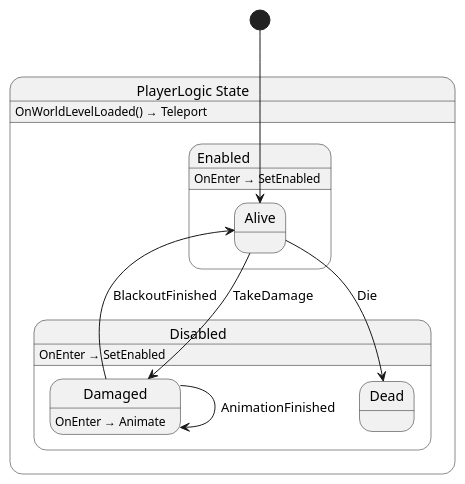
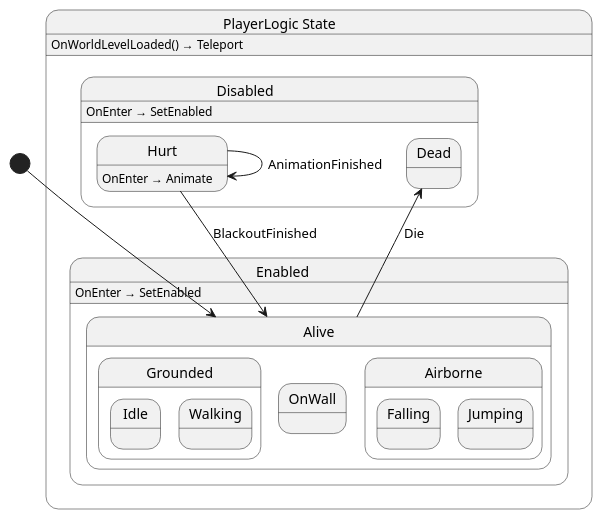
The diagram in Yolk.Logic/Player/PlayerLogic.g.puml (nilsiker/yolk), drawn with PlantUML before and after one commit. The commit also changed 12 other files, not shown here.

```diff
--- a/Yolk.Logic/Player/PlayerLogic.g.puml
+++ b/Yolk.Logic/Player/PlayerLogic.g.puml
@@ -1,23 +1,32 @@
 @startuml PlayerLogic
 state "PlayerLogic State" as Yolk_Logic_Player_PlayerLogic_State {
   state "Disabled" as Yolk_Logic_Player_PlayerLogic_State_Disabled {
-    state "Damaged" as Yolk_Logic_Player_PlayerLogic_State_Disabled_Damaged
     state "Dead" as Yolk_Logic_Player_PlayerLogic_State_Disabled_Dead
+    state "Hurt" as Yolk_Logic_Player_PlayerLogic_State_Disabled_Hurt
   }
   state "Enabled" as Yolk_Logic_Player_PlayerLogic_State_Enabled {
-    state "Alive" as Yolk_Logic_Player_PlayerLogic_State_Enabled_Alive
+    state "Alive" as Yolk_Logic_Player_PlayerLogic_State_Enabled_Alive {
+      state "Grounded" as Yolk_Logic_Player_PlayerLogic_State_Enabled_Alive_Grounded {
+        state "Idle" as Yolk_Logic_Player_PlayerLogic_State_Enabled_Alive_Grounded_Idle
+        state "Walking" as Yolk_Logic_Player_PlayerLogic_State_Enabled_Alive_Grounded_Walking
+      }
+      state "OnWall" as Yolk_Logic_Player_PlayerLogic_State_Enabled_Alive_OnWall
+      state "Airborne" as Yolk_Logic_Player_PlayerLogic_State_Enabled_Alive_Airborne {
+        state "Falling" as Yolk_Logic_Player_PlayerLogic_State_Enabled_Alive_Airborne_Falling
+        state "Jumping" as Yolk_Logic_Player_PlayerLogic_State_Enabled_Alive_Airborne_Jumping
+      }
+    }
   }
 }
 
-Yolk_Logic_Player_PlayerLogic_State_Disabled_Damaged --> Yolk_Logic_Player_PlayerLogic_State_Disabled_Damaged : AnimationFinished
-Yolk_Logic_Player_PlayerLogic_State_Disabled_Damaged --> Yolk_Logic_Player_PlayerLogic_State_Enabled_Alive : BlackoutFinished
-Yolk_Logic_Player_PlayerLogic_State_Enabled_Alive --> Yolk_Logic_Player_PlayerLogic_State_Disabled_Damaged : TakeDamage
+Yolk_Logic_Player_PlayerLogic_State_Disabled_Hurt --> Yolk_Logic_Player_PlayerLogic_State_Disabled_Hurt : AnimationFinished
+Yolk_Logic_Player_PlayerLogic_State_Disabled_Hurt --> Yolk_Logic_Player_PlayerLogic_State_Enabled_Alive : BlackoutFinished
 Yolk_Logic_Player_PlayerLogic_State_Enabled_Alive --> Yolk_Logic_Player_PlayerLogic_State_Disabled_Dead : Die
 
 Yolk_Logic_Player_PlayerLogic_State : OnWorldLevelLoaded() → Teleport
 Yolk_Logic_Player_PlayerLogic_State_Disabled : OnEnter → SetEnabled
-Yolk_Logic_Player_PlayerLogic_State_Disabled_Damaged : OnEnter → Animate
+Yolk_Logic_Player_PlayerLogic_State_Disabled_Hurt : OnEnter → Animate
 Yolk_Logic_Player_PlayerLogic_State_Enabled : OnEnter → SetEnabled
 
 [*] --> Yolk_Logic_Player_PlayerLogic_State_Enabled_Alive
 @enduml
```
